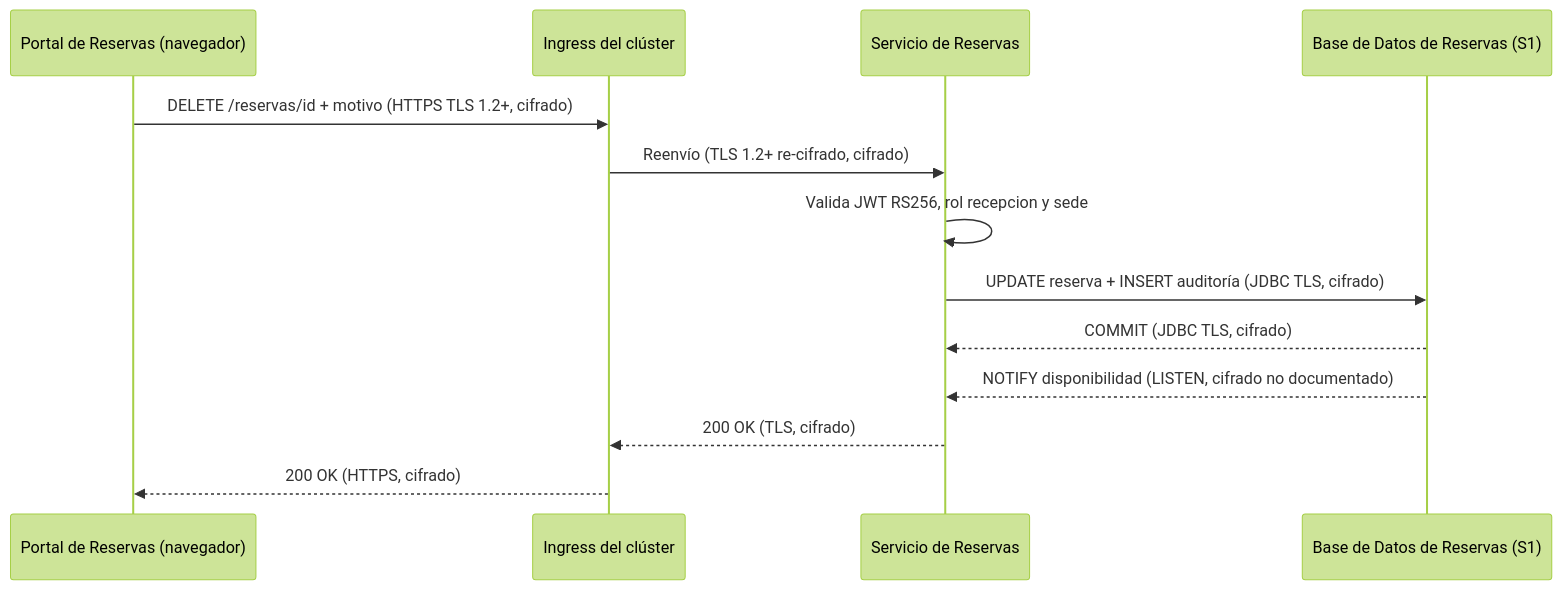
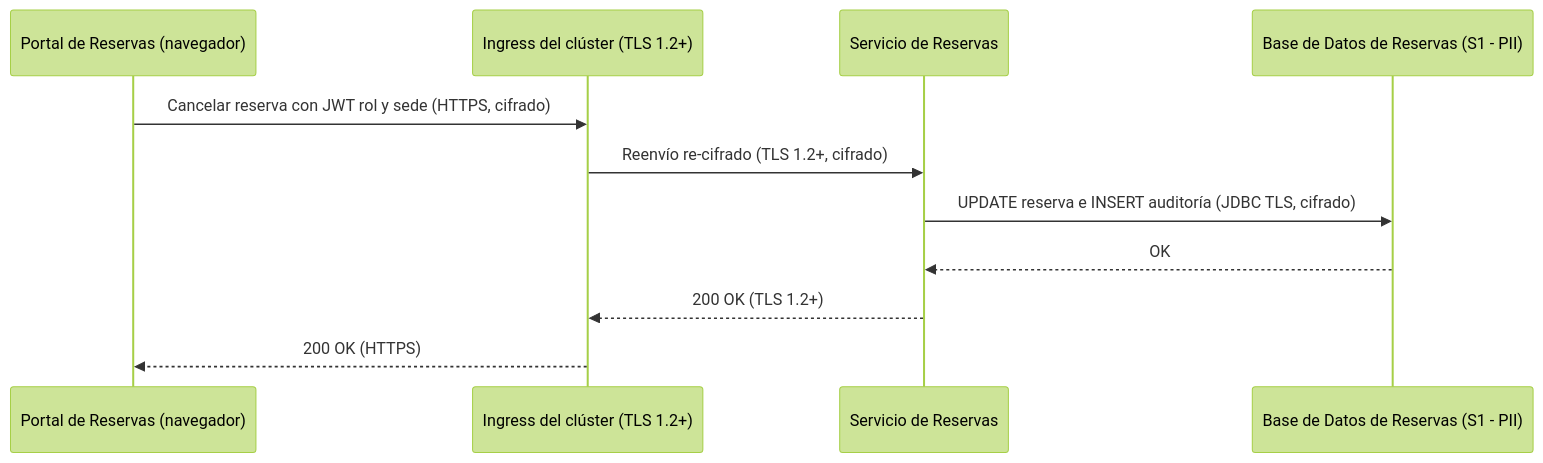
One commit to shadowX4fox/northwind-reservas changed the second of 3 diagrams in analysis/DATA-SENSITIVITY-2026-11-03.md. Above: the diagram before and after it, drawn with Mermaid (forest theme). The commit also changed other lines of this file and 7 other files, not shown here.

````diff
--- a/analysis/DATA-SENSITIVITY-2026-11-03.md
+++ b/analysis/DATA-SENSITIVITY-2026-11-03.md
@@ -79,15 +67,13 @@
 ```mermaid
 sequenceDiagram
-  participant P as Portal de Reservas (navegador)
-  participant G as Ingress del clúster
-  participant S as Servicio de Reservas
-  participant D as Base de Datos de Reservas (S1)
-  P->>G: DELETE /reservas/id + motivo (HTTPS TLS 1.2+, cifrado)
-  G->>S: Reenvío (TLS 1.2+ re-cifrado, cifrado)
-  S->>S: Valida JWT RS256, rol recepcion y sede
-  S->>D: UPDATE reserva + INSERT auditoría (JDBC TLS, cifrado)
-  D-->>S: COMMIT (JDBC TLS, cifrado)
-  D-->>S: NOTIFY disponibilidad (LISTEN, cifrado no documentado)
-  S-->>G: 200 OK (TLS, cifrado)
-  G-->>P: 200 OK (HTTPS, cifrado)
+  participant Navegador as Portal de Reservas (navegador)
+  participant Ingress as Ingress del clúster (TLS 1.2+)
+  participant Servicio as Servicio de Reservas
+  participant DB as Base de Datos de Reservas (S1 - PII)
+  Navegador->>Ingress: Cancelar reserva con JWT rol y sede (HTTPS, cifrado)
+  Ingress->>Servicio: Reenvío re-cifrado (TLS 1.2+, cifrado)
+  Servicio->>DB: UPDATE reserva e INSERT auditoría (JDBC TLS, cifrado)
+  DB-->>Servicio: OK
+  Servicio-->>Ingress: 200 OK (TLS 1.2+)
+  Ingress-->>Navegador: 200 OK (HTTPS)
 ```
````
